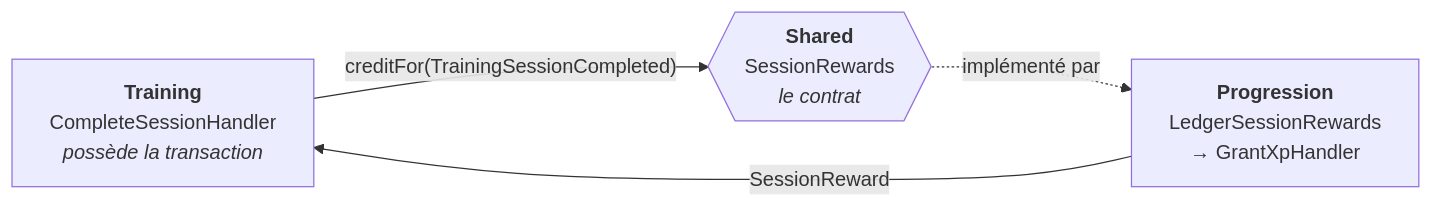
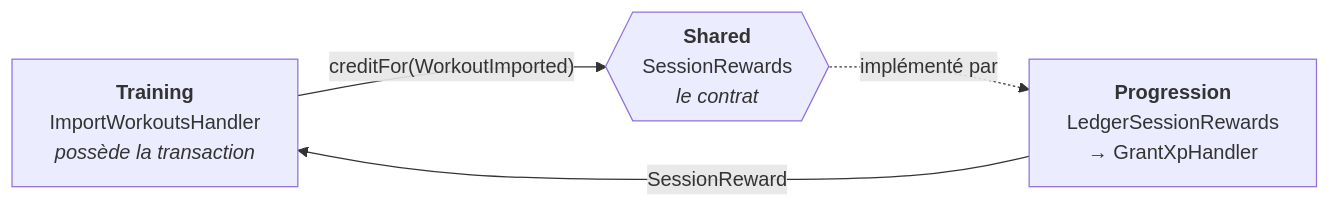
One commit to younesdiouri/grrind-back changed the eighth of 13 diagrams in ARCHITECTURE.md. Above: the diagram before and after it, drawn with Mermaid. The commit also changed other lines of this file and 2 other files, not shown here.

First line of the commit message:
docs: acter le virage santé dans CLAUDE.md et ARCHITECTURE.md

````diff
--- a/ARCHITECTURE.md
+++ b/ARCHITECTURE.md
@@ -222,10 +266,10 @@
 ```mermaid
 flowchart LR
-    ts["<b>Training</b><br/>CompleteSessionHandler<br/><i>possède la transaction</i>"]
+    ts["<b>Training</b><br/>ImportWorkoutsHandler<br/><i>possède la transaction</i>"]
     port{{"<b>Shared</b><br/>SessionRewards<br/><i>le contrat</i>"}}
     pg["<b>Progression</b><br/>LedgerSessionRewards<br/>→ GrantXpHandler"]
 
-    ts -->|"creditFor(TrainingSessionCompleted)"| port
+    ts -->|"creditFor(WorkoutImported)"| port
     port -.->|implémenté par| pg
     pg -->|SessionReward| ts
 ```
````
